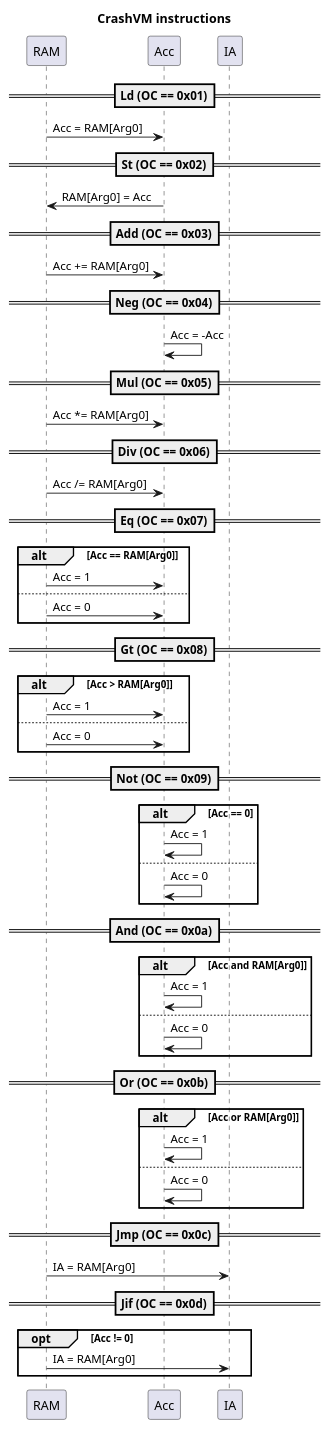
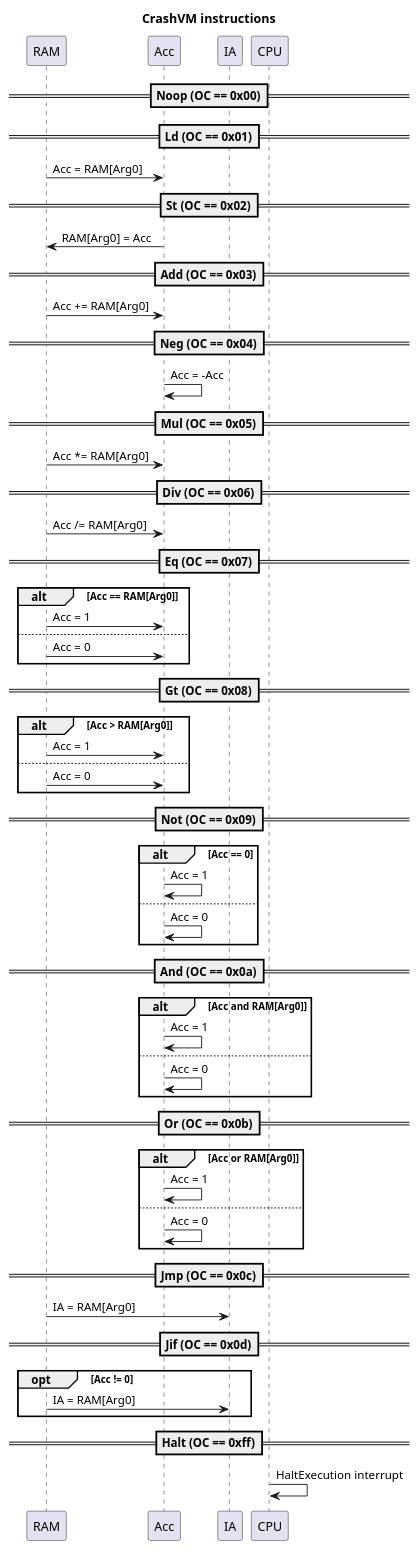
The third of 3 diagrams in doc/system.puml (hypafrag/crash-vm), drawn with PlantUML before and after one commit. The commit also changed other lines of this file and 9 other files, not shown here.

```diff
--- a/doc/system.puml
+++ b/doc/system.puml
@@ -51,58 +55,63 @@
 @startuml
 title CrashVM instructions
+
+==Noop (OC == 0x00)==
 
 ==Ld (OC == 0x01)==
 RAM -> Acc: Acc = RAM[Arg0]
 ==St (OC == 0x02)==
 RAM <- Acc: RAM[Arg0] = Acc
 
 ==Add (OC == 0x03)==
 RAM -> Acc: Acc += RAM[Arg0]
 ==Neg (OC == 0x04)==
 Acc -> Acc: Acc = -Acc
 
 ==Mul (OC == 0x05)==
 RAM -> Acc: Acc *= RAM[Arg0]
 ==Div (OC == 0x06)==
 RAM -> Acc: Acc /= RAM[Arg0]
 
 ==Eq (OC == 0x07)==
 alt Acc == RAM[Arg0]
     RAM -> Acc: Acc = 1
 else
     RAM -> Acc: Acc = 0
 end
 ==Gt (OC == 0x08)==
 alt Acc > RAM[Arg0]
     RAM -> Acc: Acc = 1
 else
     RAM -> Acc: Acc = 0
 end
 
 ==Not (OC == 0x09)==
 alt Acc == 0
     Acc -> Acc: Acc = 1
 else
     Acc -> Acc: Acc = 0
 end
 ==And (OC == 0x0a)==
 alt Acc and RAM[Arg0]
     Acc -> Acc: Acc = 1
 else
     Acc -> Acc: Acc = 0
 end
 ==Or (OC == 0x0b)==
 alt Acc or RAM[Arg0]
     Acc -> Acc: Acc = 1
 else
     Acc -> Acc: Acc = 0
 end
 
 ==Jmp (OC == 0x0c)==
 RAM -> IA: IA = RAM[Arg0]
 ==Jif (OC == 0x0d)==
 opt Acc != 0
     RAM -> IA: IA = RAM[Arg0]
 end
 
+==Halt (OC == 0xff)==
+CPU -> CPU: HaltExecution interrupt
+
 @enduml
```
